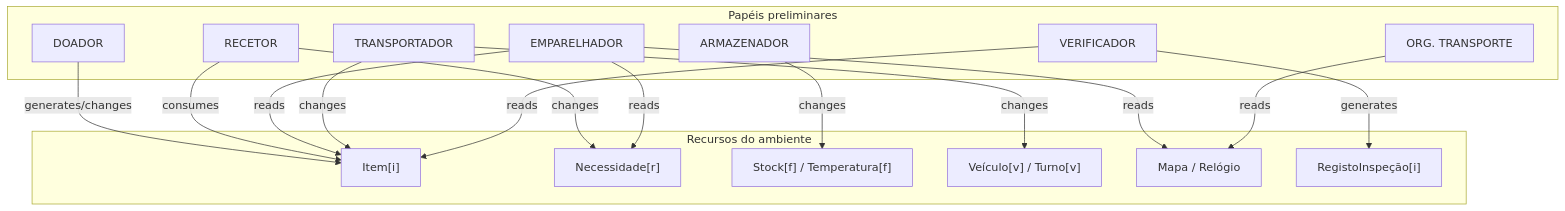
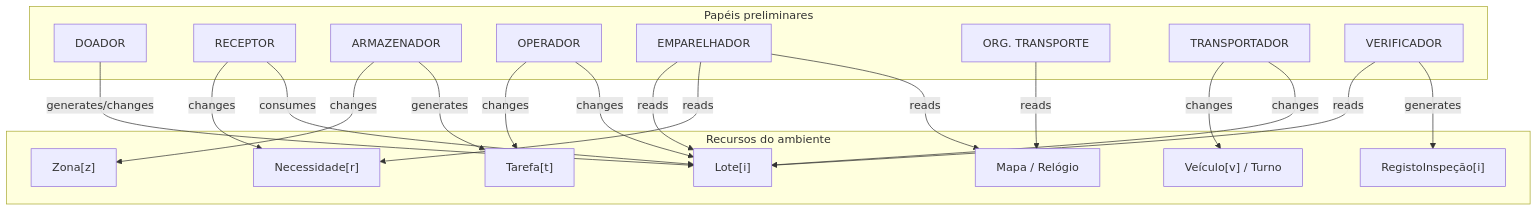
The third of 4 diagrams in docs/02-analise-gaia.md (VituVVL/food-rescue), drawn with Mermaid before and after one commit. The commit also changed other lines of this file and 4 other files, not shown here.

````diff
--- a/docs/02-analise-gaia.md
+++ b/docs/02-analise-gaia.md
@@ -395,32 +458,37 @@
 ```mermaid
 flowchart TB
     subgraph Papeis["Papéis preliminares"]
         DO[DOADOR]
-        RE[RECETOR]
+        RE[RECEPTOR]
         AR[ARMAZENADOR]
+        OP[OPERADOR]
         EM[EMPARELHADOR]
         OT[ORG. TRANSPORTE]
         TR[TRANSPORTADOR]
         VE[VERIFICADOR]
     end
     subgraph Ambiente["Recursos do ambiente"]
-        IT["Item[i]"]
+        IT["Lote[i]"]
         NE["Necessidade[r]"]
-        ST["Stock[f] / Temperatura[f]"]
-        VH["Veículo[v] / Turno[v]"]
+        ZN["Zona[z]"]
+        TF["Tarefa[t]"]
+        VH["Veículo[v] / Turno"]
         MA["Mapa / Relógio"]
         RI["RegistoInspeção[i]"]
     end
     DO -- generates/changes --> IT
     RE -- changes --> NE
     RE -- consumes --> IT
-    AR -- changes --> ST
+    AR -- changes --> ZN
+    AR -- generates --> TF
+    OP -- changes --> TF
+    OP -- changes --> IT
     EM -- reads --> IT
     EM -- reads --> NE
     EM -- reads --> MA
     OT -- reads --> MA
     TR -- changes --> VH
     TR -- changes --> IT
     VE -- reads --> IT
     VE -- generates --> RI
 ```
````
